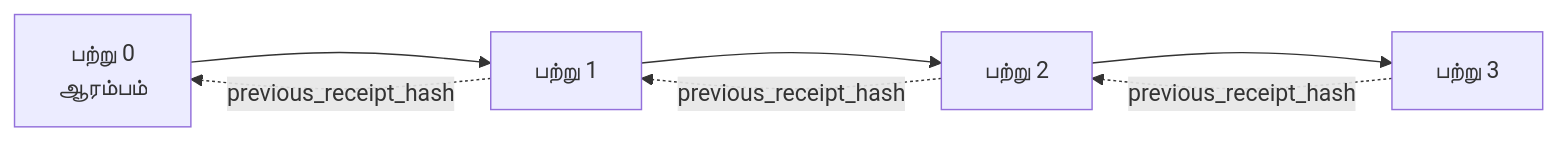
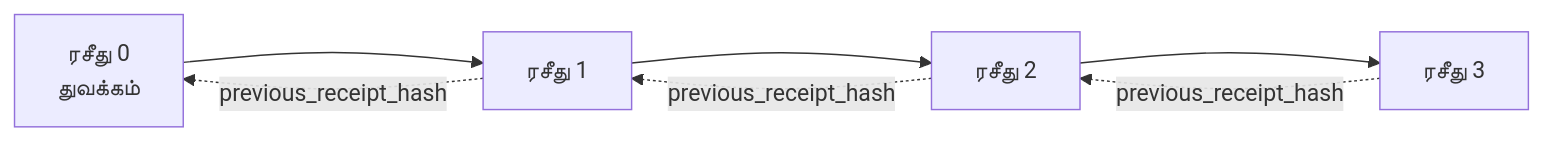
One commit to gabrielmoreira/agent-skills-mirror changed the second of 2 diagrams in mirrors/repos/microsoft@ai-agents-for-beginners/translations/ta/18-securing-ai-agents/README.md. Above: the diagram before and after it, drawn with Mermaid. The commit also changed other lines of this file and 4482 other files, not shown here.

````diff
--- a/mirrors/repos/microsoft@ai-agents-for-beginners/translations/ta/18-securing-ai-agents/README.md
+++ b/mirrors/repos/microsoft@ai-agents-for-beginners/translations/ta/18-securing-ai-agents/README.md
@@ -206,9 +206,9 @@
 ```mermaid
 flowchart LR
-    R0[பற்று 0<br/>ஆரம்பம்] --> R1[பற்று 1]
-    R1 --> R2[பற்று 2]
-    R2 --> R3[பற்று 3]
+    R0[ரசீது 0<br/>துவக்கம்] --> R1[ரசீது 1]
+    R1 --> R2[ரசீது 2]
+    R2 --> R3[ரசீது 3]
     R1 -. previous_receipt_hash .-> R0
     R2 -. previous_receipt_hash .-> R1
     R3 -. previous_receipt_hash .-> R2
 ```
````
